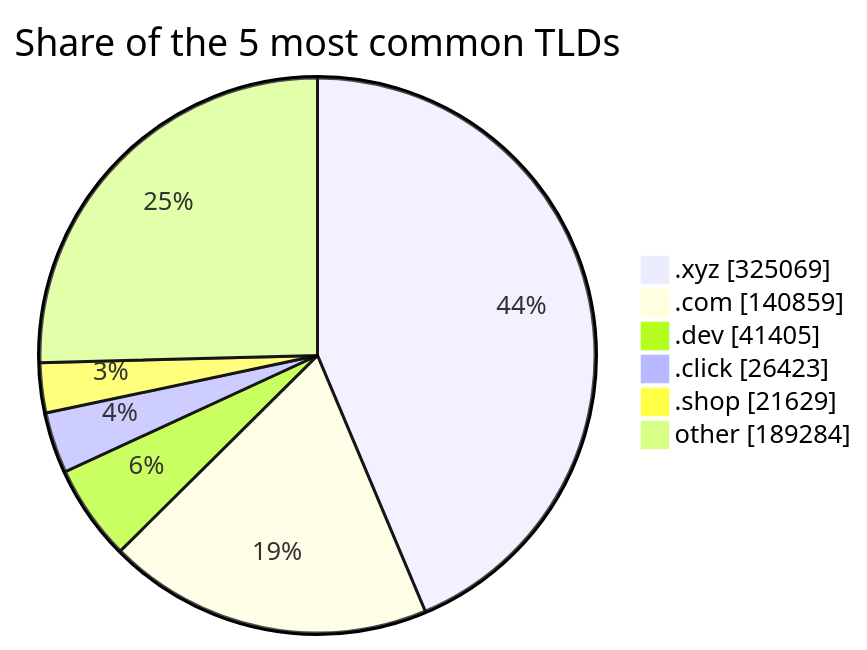
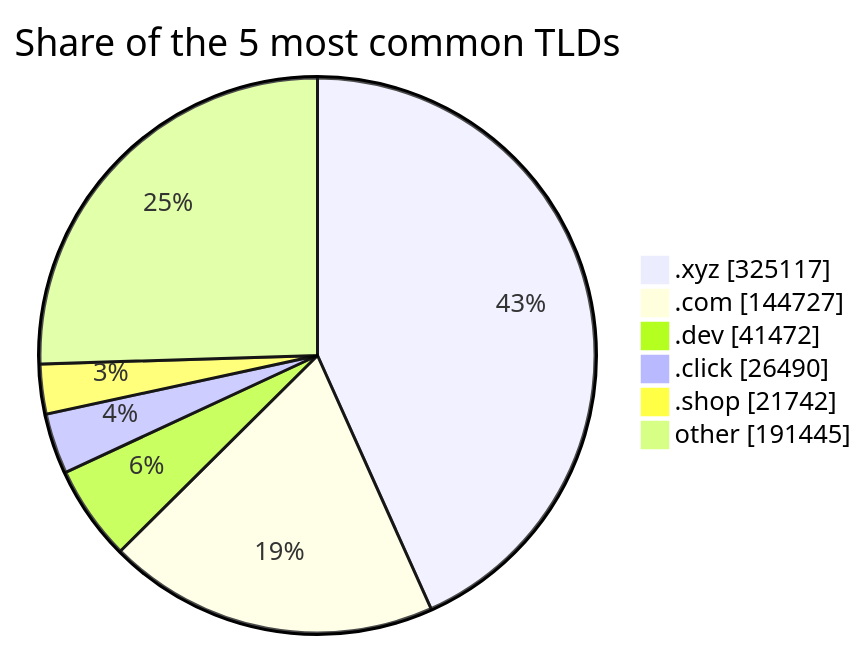
One commit to DNSBunker/CTI changed the third of 3 diagrams in README.md. Above: the diagram before and after it, drawn with Mermaid. The commit also changed other lines of this file and 3 other files, not shown here.

````diff
--- a/README.md
+++ b/README.md
@@ -81,9 +81,9 @@
 ```mermaid
 pie showData title Share of the 5 most common TLDs
-    ".xyz" : 325069
-    ".com" : 140859
-    ".dev" : 41405
-    ".click" : 26423
-    ".shop" : 21629
-    "other" : 189284
+    ".xyz" : 325117
+    ".com" : 144727
+    ".dev" : 41472
+    ".click" : 26490
+    ".shop" : 21742
+    "other" : 191445
 ```
````
